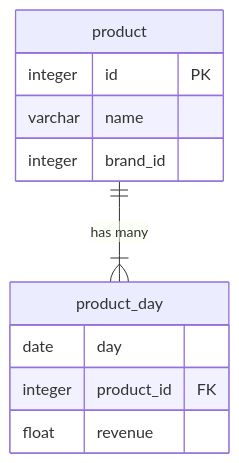
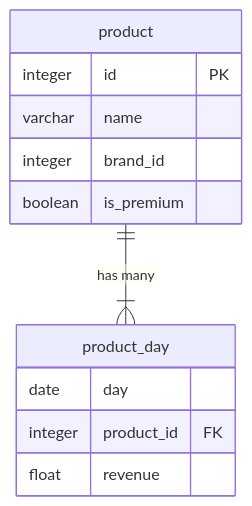
Before and after one commit to Junglescout/basilisk-fse-sample-app: the diagram in _problems/1.md, drawn with Mermaid.

Commit message:
Update diagram

````diff
--- a/_problems/1.md
+++ b/_problems/1.md
@@ -34,14 +34,15 @@
 ```mermaid
 erDiagram
 product ||--|{ product_day : "has many"
 product {
     integer id PK
     varchar name
     integer brand_id
+    boolean is_premium
 }
 product_day {
     date day
     integer product_id FK
     float revenue
 }
 ```
````
